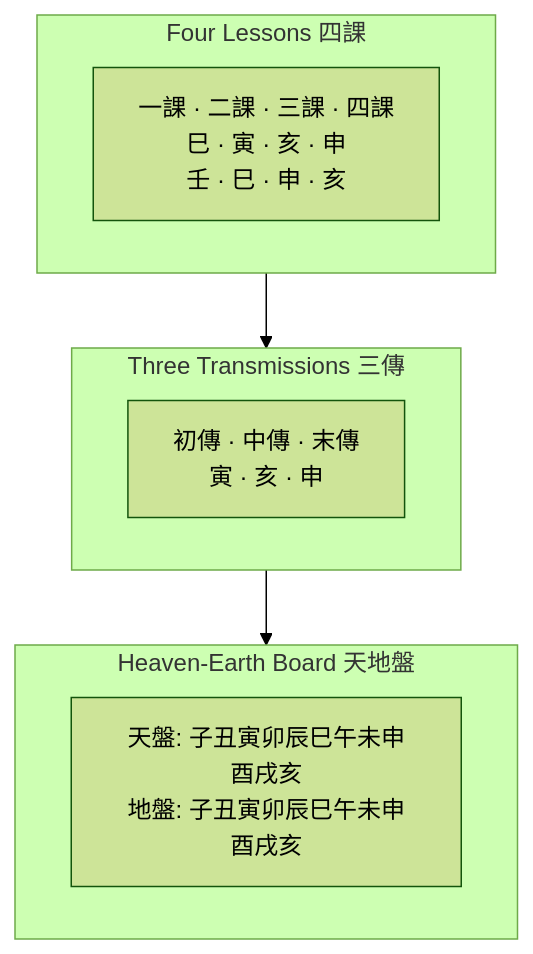
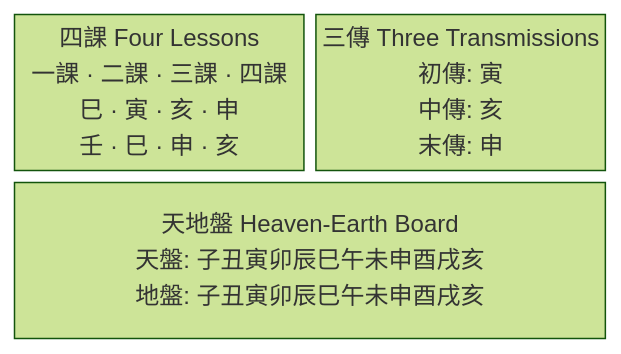
Before and after one commit to h4x0r/stembranch: the fourth of 6 diagrams in docs/superpowers/specs/2026-03-22-planetary-ephemeris-astrology-cli-design.md, drawn with Mermaid (forest theme). The commit also changed 4 other files, not shown here.

First line of the commit message:
docs: fix Mermaid diagram types and resolve orphaned footnotes

````diff
--- a/docs/superpowers/specs/2026-03-22-planetary-ephemeris-astrology-cli-design.md
+++ b/docs/superpowers/specs/2026-03-22-planetary-ephemeris-astrology-cli-design.md
@@ -224,13 +224,6 @@
 ```mermaid
-graph TD
-  subgraph FL ["Four Lessons 四課"]
-    L["一課 · 二課 · 三課 · 四課<br/>巳 · 寅 · 亥 · 申<br/>壬 · 巳 · 申 · 亥"]
-  end
-  subgraph TT ["Three Transmissions 三傳"]
-    T["初傳 · 中傳 · 末傳<br/>寅 · 亥 · 申"]
-  end
-  subgraph HE ["Heaven-Earth Board 天地盤"]
-    P["天盤: 子丑寅卯辰巳午未申酉戌亥<br/>地盤: 子丑寅卯辰巳午未申酉戌亥"]
-  end
-  FL --> TT --> HE
+block-beta
+  columns 2
+  fl["四課 Four Lessons<br/>一課 · 二課 · 三課 · 四課<br/>巳 · 寅 · 亥 · 申<br/>壬 · 巳 · 申 · 亥"] tt["三傳 Three Transmissions<br/>初傳: 寅<br/>中傳: 亥<br/>末傳: 申"]
+  he["天地盤 Heaven-Earth Board<br/>天盤: 子丑寅卯辰巳午未申酉戌亥<br/>地盤: 子丑寅卯辰巳午未申酉戌亥"]:2
 ```
````
